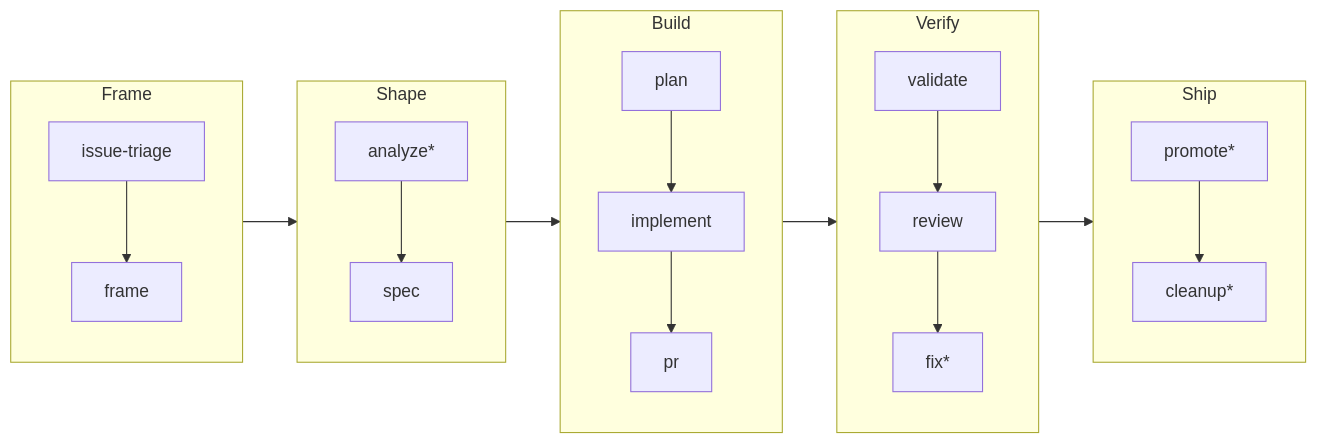
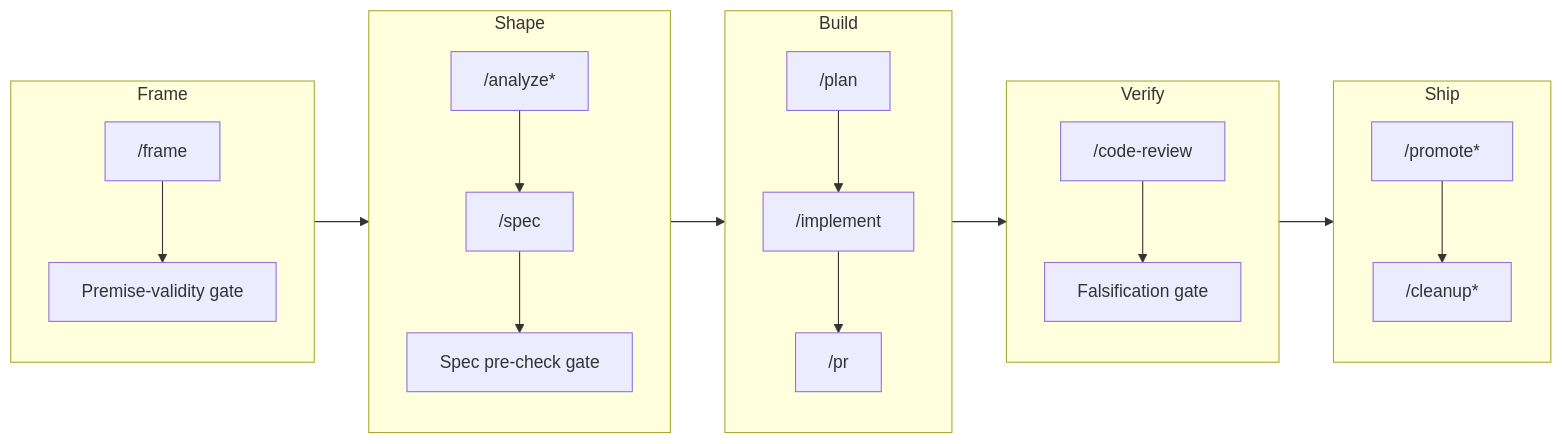
The second of 2 diagrams in docs/processes/dev-process.mdx (Roxabi/metalyde), drawn with Mermaid before and after one commit. The commit also changed other lines of this file and 25 other files, not shown here.

````diff
--- a/docs/processes/dev-process.mdx
+++ b/docs/processes/dev-process.mdx
@@ -51,20 +41,21 @@
 ```mermaid
 flowchart LR
     subgraph Frame ["Frame"]
-        F1["issue-triage"] --> F2["frame"]
+        F1["/frame"] --> F2["Premise-validity gate"]
     end
     subgraph Shape ["Shape"]
-        S1["analyze*"] --> S2["spec"]
+        S1["/analyze*"] --> S2["/spec"]
+        S2 --> S3["Spec pre-check gate"]
     end
     subgraph Build ["Build"]
-        B1["plan"] --> B2["implement"] --> B3["pr"]
+        B1["/plan"] --> B2["/implement"] --> B3["/pr"]
     end
     subgraph Verify ["Verify"]
-        V1["validate"] --> V2["review"] --> V3["fix*"]
+        V1["/code-review"] --> V2["Falsification gate"]
     end
     subgraph Ship ["Ship"]
-        P1["promote*"] --> P2["cleanup*"]
+        P1["/promote*"] --> P2["/cleanup*"]
     end
 
     Frame --> Shape --> Build --> Verify --> Ship
 ```
````
